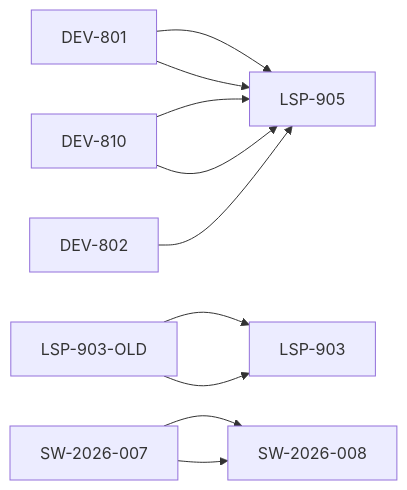
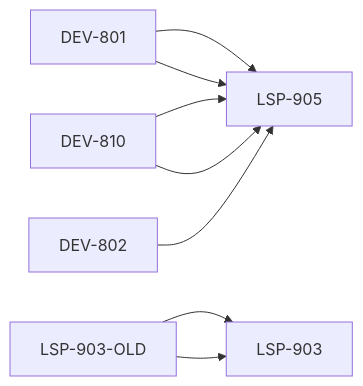
One commit to baiyangfu-hash/My_Workspace changed the diagram in 00_Obsidian_Base全局规范文件仓库/规范元数据汇总报告.md. Above: the diagram before and after it, drawn with Mermaid. The commit also changed other lines of this file and 638 other files, not shown here.

````diff
--- a/00_Obsidian_Base全局规范文件仓库/规范元数据汇总报告.md
+++ b/00_Obsidian_Base全局规范文件仓库/规范元数据汇总报告.md
@@ -57,12 +58,10 @@
 ```mermaid
 graph LR
     DEV-801 --> LSP-905
     DEV-810 --> LSP-905
     LSP-903-OLD --> LSP-903
     DEV-801 --> LSP-905
     DEV-802 --> LSP-905
     DEV-810 --> LSP-905
     LSP-903-OLD --> LSP-903
-    SW-2026-007 --> SW-2026-008
-    SW-2026-007 --> SW-2026-008
 ```
````
